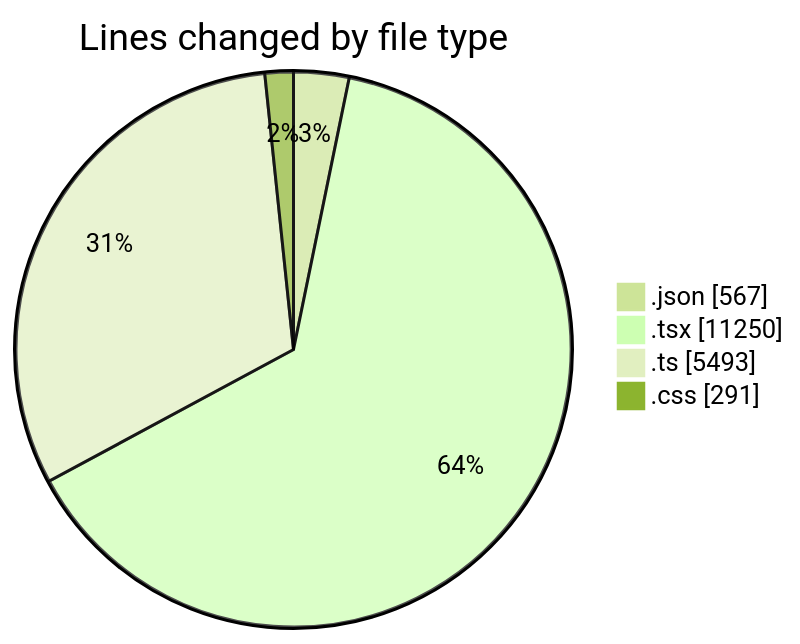
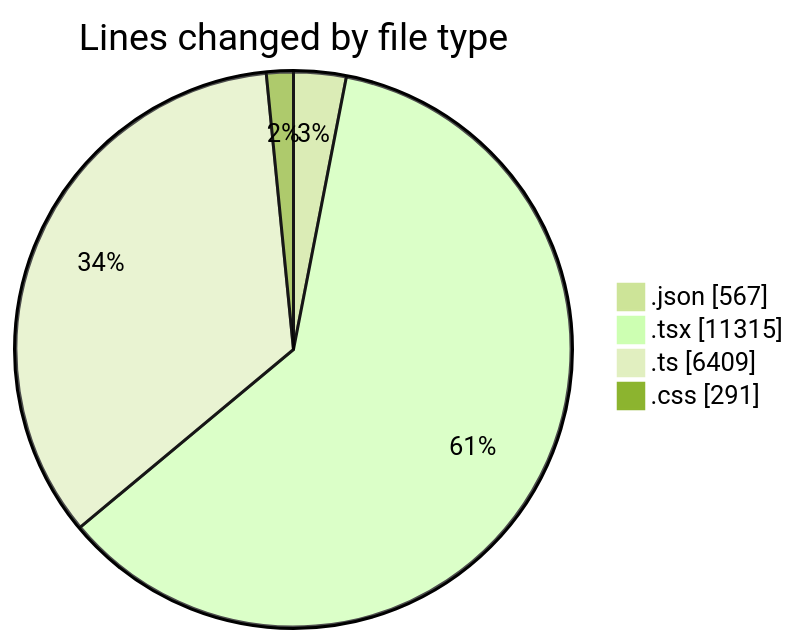
The first of 2 diagrams in 2025-10-07/eventscop-frontend-guide__workspace_/README.md (julien-gomy/code-tracking), drawn with Mermaid (forest theme) before and after one commit. The commit also changed other lines of this file and 1 other file, not shown here.

````diff
--- a/2025-10-07/eventscop-frontend-guide__workspace_/README.md
+++ b/2025-10-07/eventscop-frontend-guide__workspace_/README.md
@@ -96,8 +96,8 @@
 ```mermaid
 pie showData
 title Lines changed by file type
 ".json" : 567
-".tsx" : 11250
-".ts" : 5493
+".tsx" : 11315
+".ts" : 6409
 ".css" : 291
 ```
````
